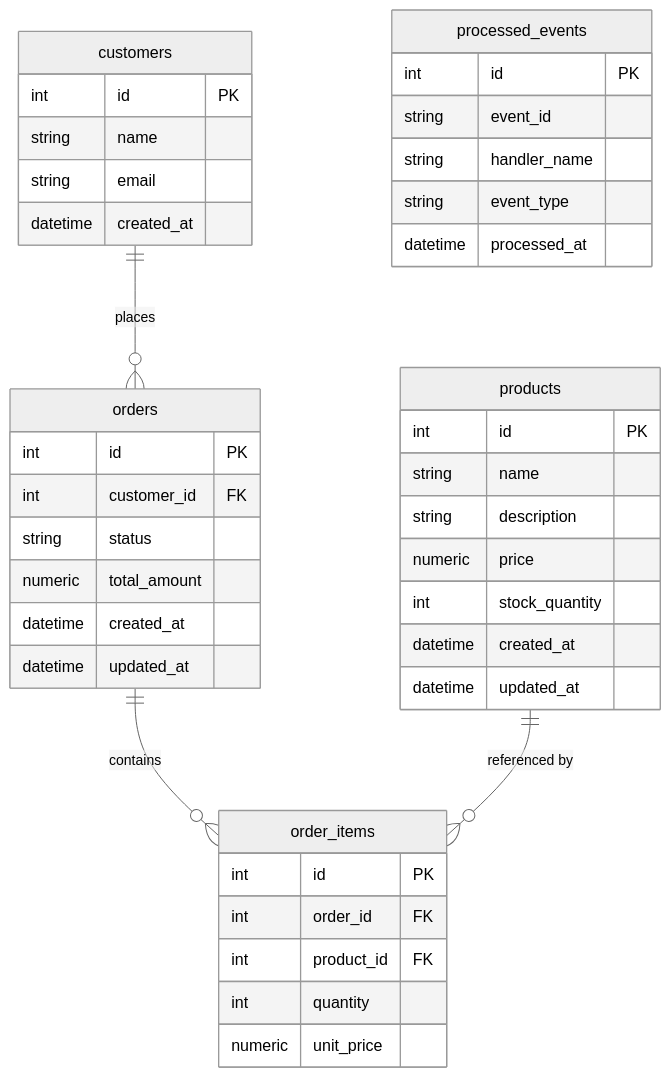
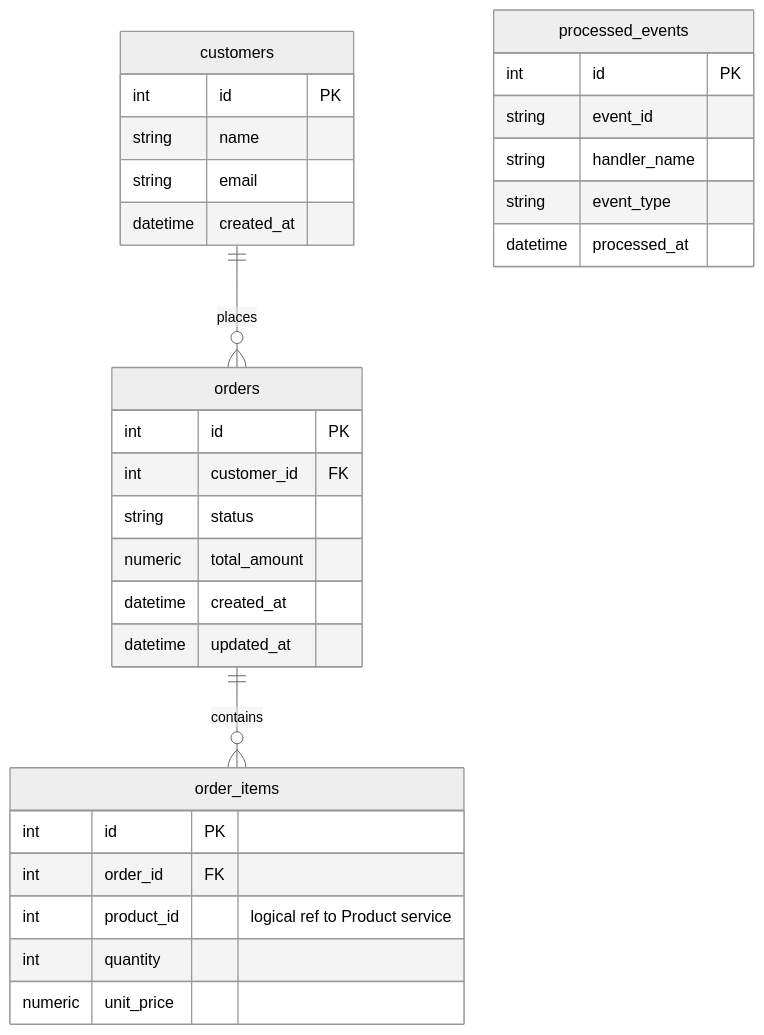
The second of 3 diagrams in docs/database_schema.md (thangduongvan/commerceops-ai-platform), drawn with Mermaid (neutral theme) before and after one commit. The commit also changed other lines of this file and 48 other files, not shown here.

````diff
--- a/docs/database_schema.md
+++ b/docs/database_schema.md
@@ -5,48 +27,37 @@
 ```mermaid
 erDiagram
     customers ||--o{ orders : places
     orders ||--o{ order_items : contains
-    products ||--o{ order_items : "referenced by"
 
     customers {
         int id PK
         string name
         string email
         datetime created_at
-    }
-
-    products {
-        int id PK
-        string name
-        string description
-        numeric price
-        int stock_quantity
-        datetime created_at
-        datetime updated_at
     }
 
     orders {
         int id PK
         int customer_id FK
         string status
         numeric total_amount
         datetime created_at
         datetime updated_at
     }
 
     order_items {
         int id PK
         int order_id FK
-        int product_id FK
+        int product_id "logical ref to Product service"
         int quantity
         numeric unit_price
     }
 
     processed_events {
         int id PK
         string event_id
         string handler_name
         string event_type
         datetime processed_at
     }
 ```
````
